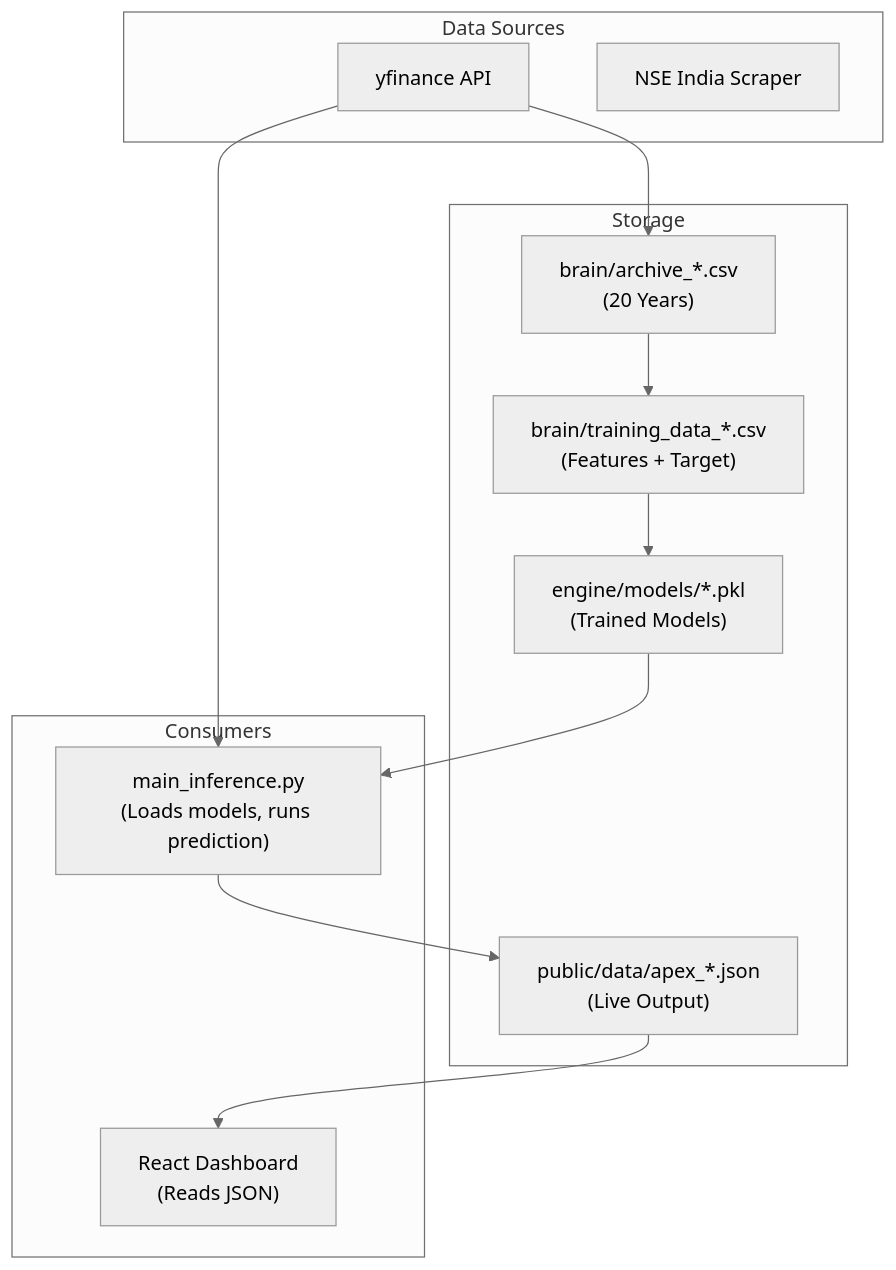
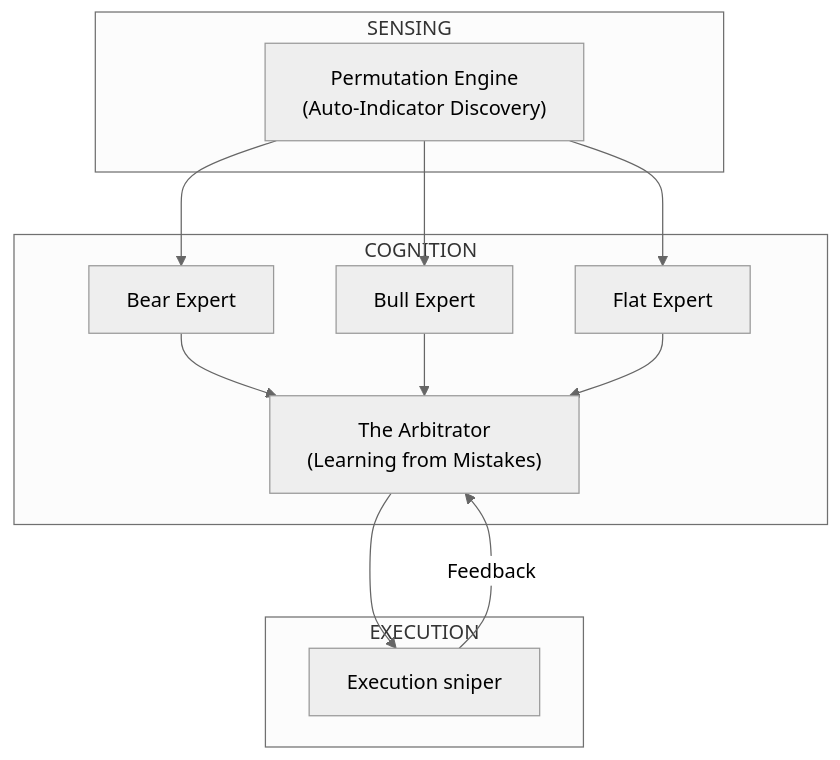
Before and after one commit to pravindev666/Tradyx-Aleph: the diagram in README.md, drawn with Mermaid (neutral theme). The commit also changed other lines of this file, not shown here.

````diff
--- a/README.md
+++ b/README.md
@@ -296,27 +72,22 @@
 ```mermaid
 graph TD
-    subgraph "Data Sources"
-        YF["yfinance API"]
-        NSE["NSE India Scraper"]
+    subgraph "SENSING"
+        D1["Permutation Engine\n(Auto-Indicator Discovery)"]
     end
 
-    subgraph "Storage"
-        VAULT["brain/archive_*.csv\n(20 Years)"]
-        TRAIN["brain/training_data_*.csv\n(Features + Target)"]
-        MODELS["engine/models/*.pkl\n(Trained Models)"]
-        JSON["public/data/apex_*.json\n(Live Output)"]
+    subgraph "COGNITION"
+        G1["Bear Expert"]
+        G2["Bull Expert"]
+        G3["Flat Expert"]
+        ARB["The Arbitrator\n(Learning from Mistakes)"]
     end
 
-    subgraph "Consumers"
-        INFER["main_inference.py\n(Loads models, runs prediction)"]
-        UI["React Dashboard\n(Reads JSON)"]
+    subgraph "EXECUTION"
+        EXEC["Execution sniper"]
     end
 
-    YF --> VAULT
-    VAULT --> TRAIN
-    TRAIN --> MODELS
-    YF --> INFER
-    MODELS --> INFER
-    INFER --> JSON
-    JSON --> UI
+    D1 --> G1 & G2 & G3
+    G1 & G2 & G3 --> ARB
+    ARB --> EXEC
+    EXEC -->|Feedback| ARB
 ```
````
